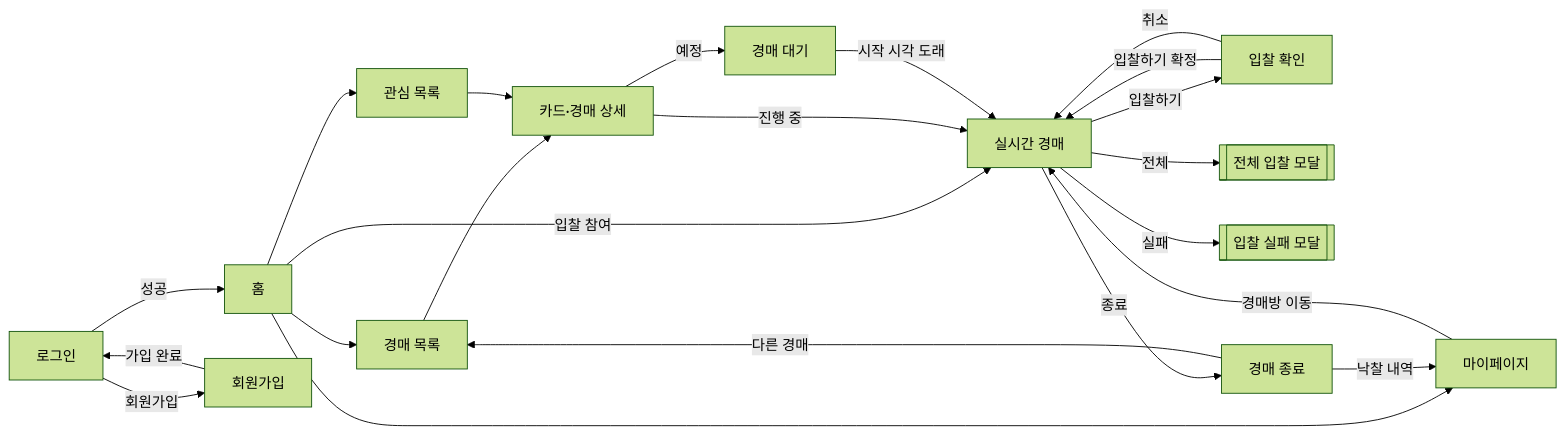
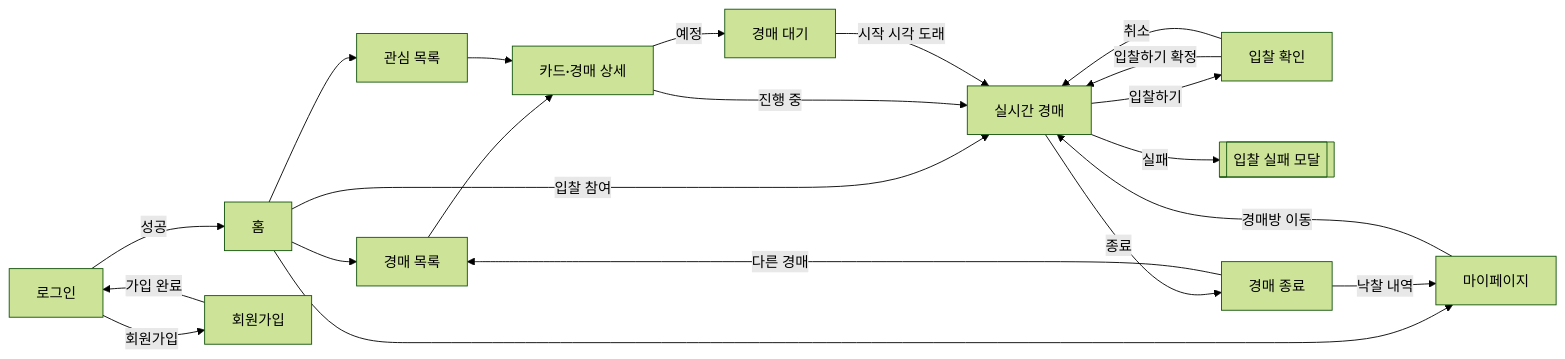
One commit to softeerbootcamp-8th/WEB-Team5-55TD changed the first of 3 diagrams in fe-pickup/DESIGN.md. Above: the diagram before and after it, drawn with Mermaid (forest theme). The commit also changed other lines of this file and 2 other files, not shown here.

````diff
--- a/fe-pickup/DESIGN.md
+++ b/fe-pickup/DESIGN.md
@@ -385,24 +385,23 @@
 ```mermaid
 flowchart LR
   login[로그인] -->|성공| home[홈]
   login -->|회원가입| register[회원가입]
   register -->|가입 완료| login
   home --> list[경매 목록]
   home --> watch[관심 목록]
   home --> my[마이페이지]
   home -->|입찰 참여| live[실시간 경매]
   list --> detail[카드·경매 상세]
   detail -->|진행 중| live
   detail -->|예정| waiting[경매 대기]
   waiting -->|시작 시각 도래| live
   live -->|입찰하기| confirm[입찰 확인]
   confirm -->|입찰하기 확정| live
   confirm -->|취소| live
-  live -->|전체| allbids[[전체 입찰 모달]]
   live -->|실패| fail[[입찰 실패 모달]]
   live -->|종료| finish[경매 종료]
   finish -->|낙찰 내역| my
   finish -->|다른 경매| list
   my -->|경매방 이동| live
   watch --> detail
 ```
````
